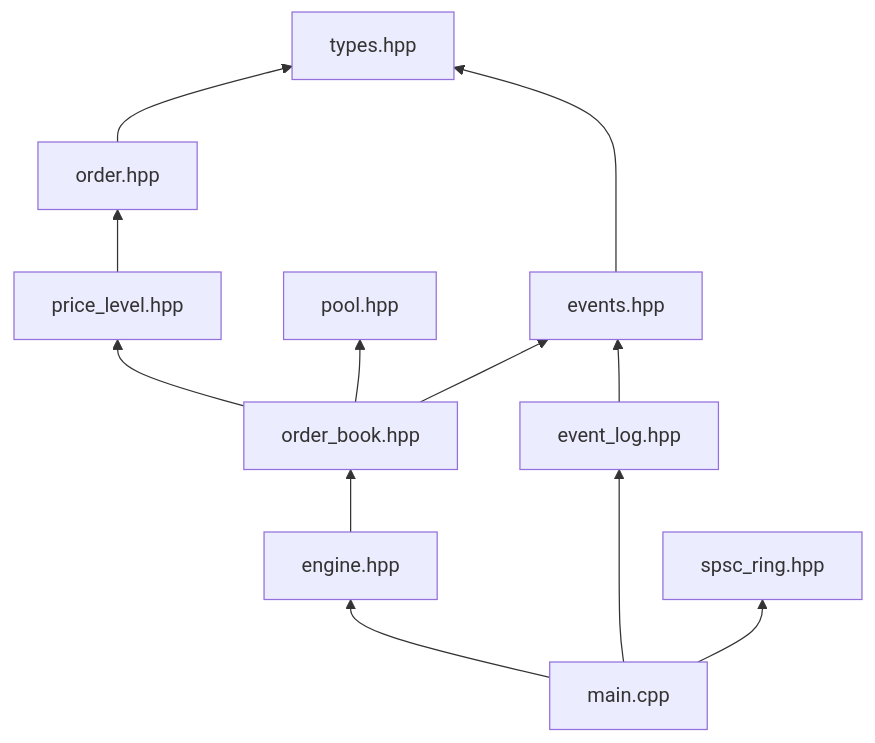
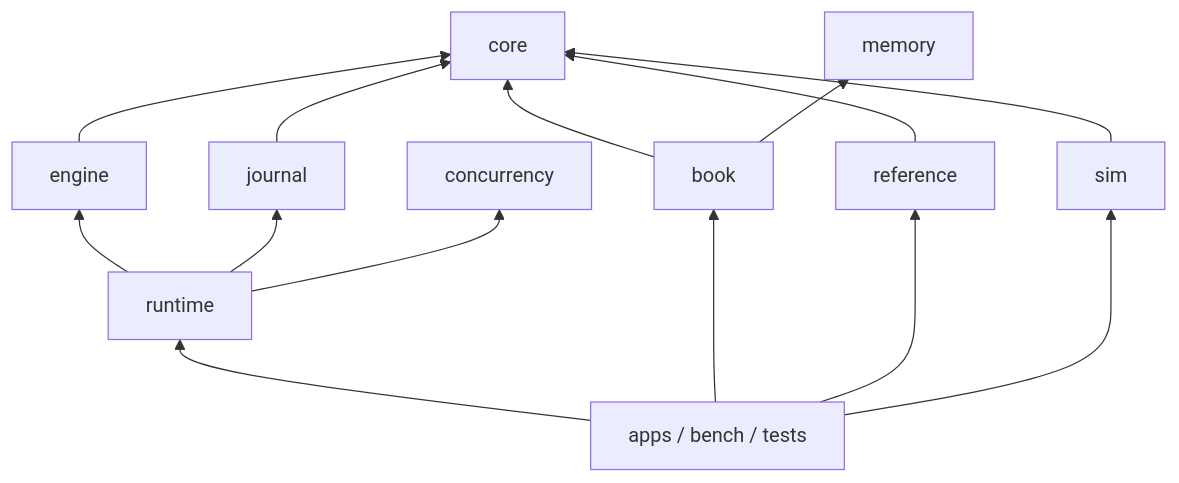
Diagram 22 of 22 in docs/AETHER_DESIGN.md (shivanshu814/Aether), drawn with Mermaid before and after one commit. The commit also changed other lines of this file, not shown here.

````diff
--- a/docs/AETHER_DESIGN.md
+++ b/docs/AETHER_DESIGN.md
@@ -790,17 +856,19 @@
 ```mermaid
 flowchart BT
-    types["types.hpp"]
-    events["events.hpp"] --> types
-    order["order.hpp"] --> types
-    pool["pool.hpp"]
-    level["price_level.hpp"] --> order
-    book["order_book.hpp"] --> level
-    book --> pool
-    book --> events
-    engine["engine.hpp"] --> book
-    log["event_log.hpp"] --> events
-    ring["spsc_ring.hpp"]
-    main["main.cpp"] --> engine
-    main --> log
-    main --> ring
+    core["core"]
+    memory["memory"]
+    concurrency["concurrency"]
+    reference["reference"] --> core
+    book["book"] --> core
+    book --> memory
+    engine["engine"] --> core
+    journal["journal"] --> core
+    sim["sim"] --> core
+    runtime["runtime"] --> engine
+    runtime --> journal
+    runtime --> concurrency
+    apps["apps / bench / tests"] --> runtime
+    apps --> book
+    apps --> reference
+    apps --> sim
 ```
````
